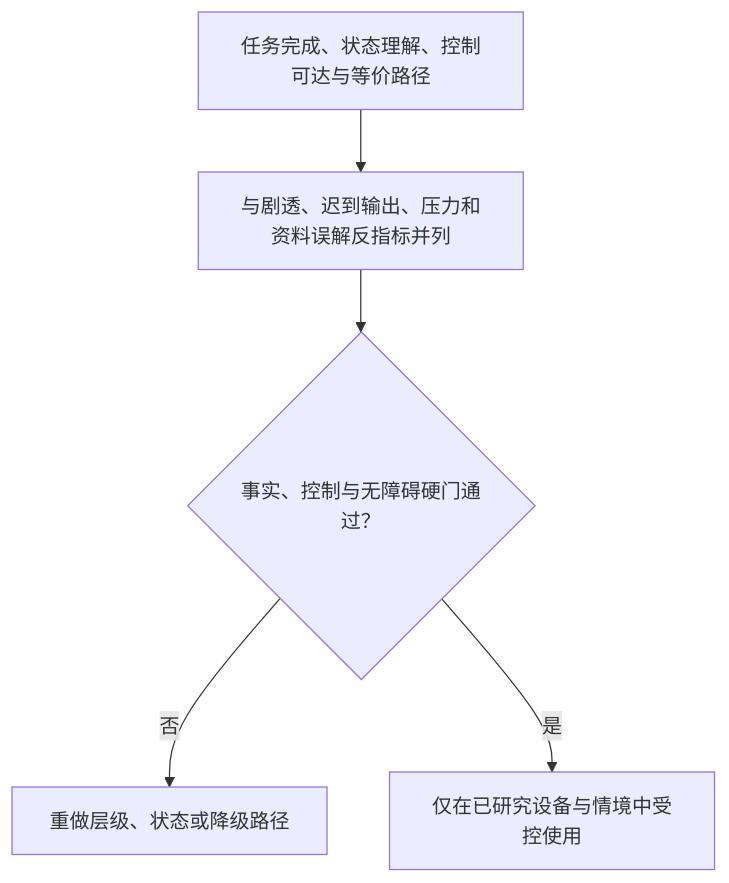
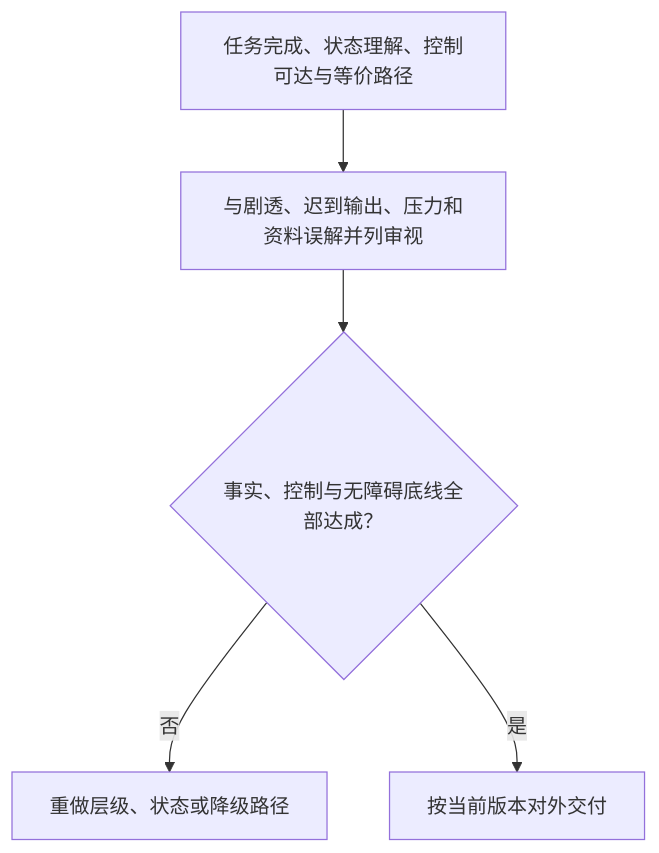
Before and after one commit to weiz98417-crypto/qiuqiu: diagram 12 of 12 in docs/球球全套资料/4.产品设计/34-用户端页面与视觉规格.md, drawn with Mermaid. The commit also changed other lines of this file and 49 other files, not shown here.

````diff
--- a/docs/球球全套资料/4.产品设计/34-用户端页面与视觉规格.md
+++ b/docs/球球全套资料/4.产品设计/34-用户端页面与视觉规格.md
@@ -669,7 +712,7 @@
 ```mermaid
 flowchart TD
-    Check[任务完成、状态理解、控制可达与等价路径] --> Risk[与剧透、迟到输出、压力和资料误解反指标并列]
-    Risk --> Gate{事实、控制与无障碍硬门通过？}
+    Check[任务完成、状态理解、控制可达与等价路径] --> Risk[与剧透、迟到输出、压力和资料误解并列审视]
+    Risk --> Gate{事实、控制与无障碍底线全部达成？}
     Gate -->|否| Rework[重做层级、状态或降级路径]
-    Gate -->|是| Pilot[仅在已研究设备与情境中受控使用]
+    Gate -->|是| Release[按当前版本对外交付]
 ```
````
